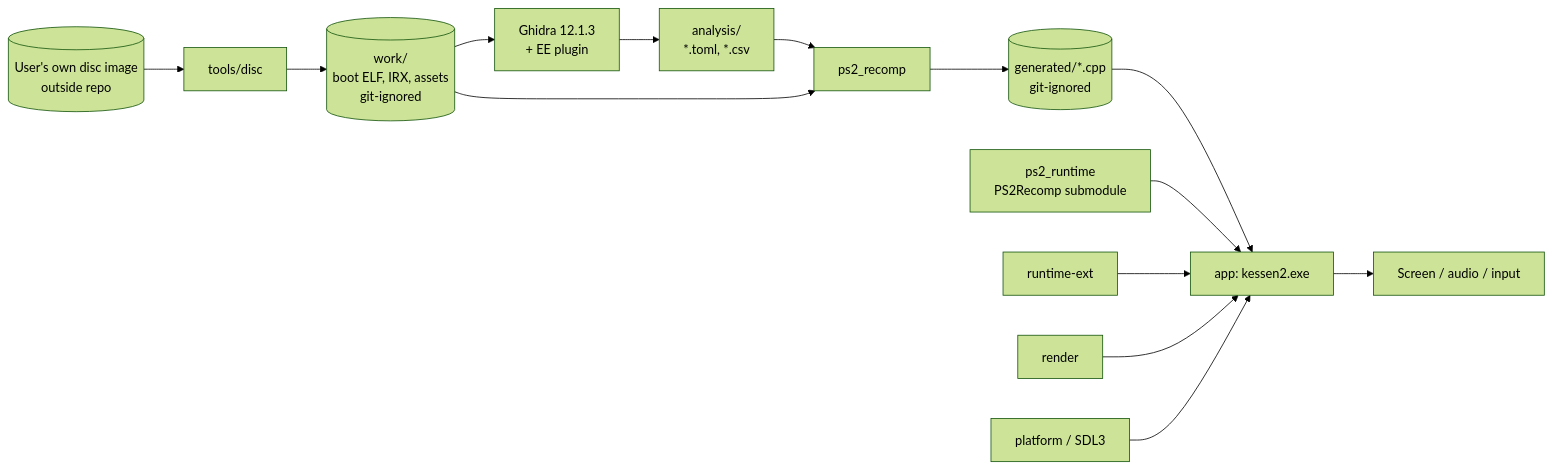
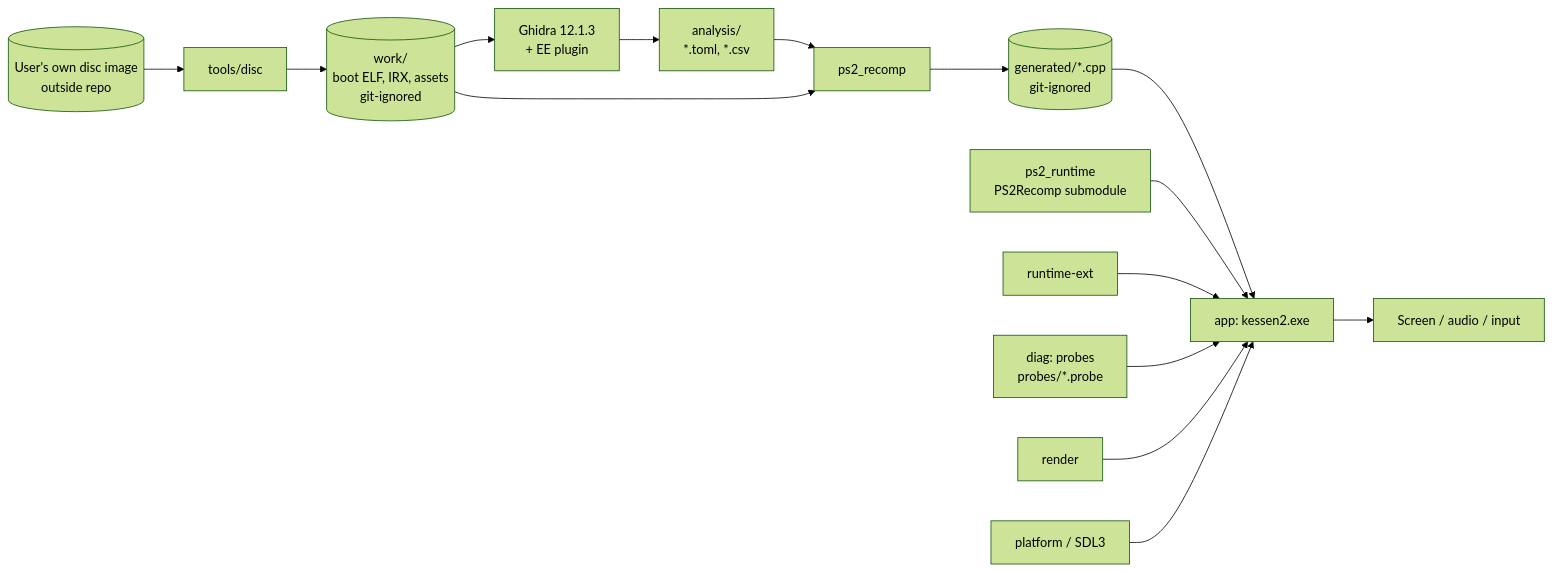
The diagram in docs/ARCHITECTURE.md (creativeprofit22/kessen2), drawn with Mermaid (forest theme) before and after one commit. The commit also changed other lines of this file and 46 other files, not shown here.

Commit message:
Add k2_diag probe diagnostics (K2_PROBE) replacing K2_TRACE_* and K2_WATCH env vars

````diff
--- a/docs/ARCHITECTURE.md
+++ b/docs/ARCHITECTURE.md
@@ -7,16 +7,17 @@
 ```mermaid
 flowchart LR
     ISO[(User's own disc image<br/>outside repo)] --> DISC[tools/disc]
     DISC --> WORK[(work/<br/>boot ELF, IRX, assets<br/>git-ignored)]
     WORK --> GHIDRA[Ghidra 12.1.3<br/>+ EE plugin]
     GHIDRA --> ANALYSIS[analysis/<br/>*.toml, *.csv]
     ANALYSIS --> RECOMP[ps2_recomp]
     WORK --> RECOMP
     RECOMP --> GEN[(generated/*.cpp<br/>git-ignored)]
     GEN --> APP
     RT[ps2_runtime<br/>PS2Recomp submodule] --> APP
     EXT[runtime-ext] --> APP
+    DIAG[diag: probes<br/>probes/*.probe] --> APP
     RENDER[render] --> APP
     PLATFORM[platform / SDL3] --> APP
     APP[app: kessen2.exe] --> SCREEN[Screen / audio / input]
 ```
````
